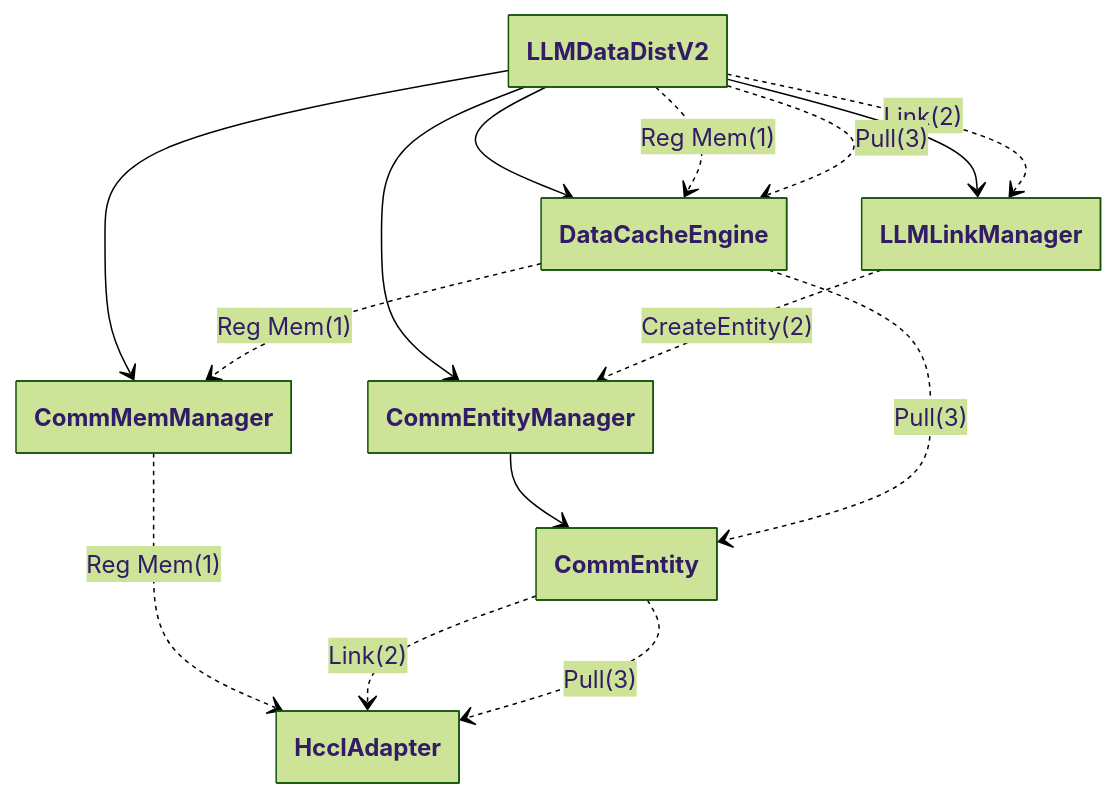
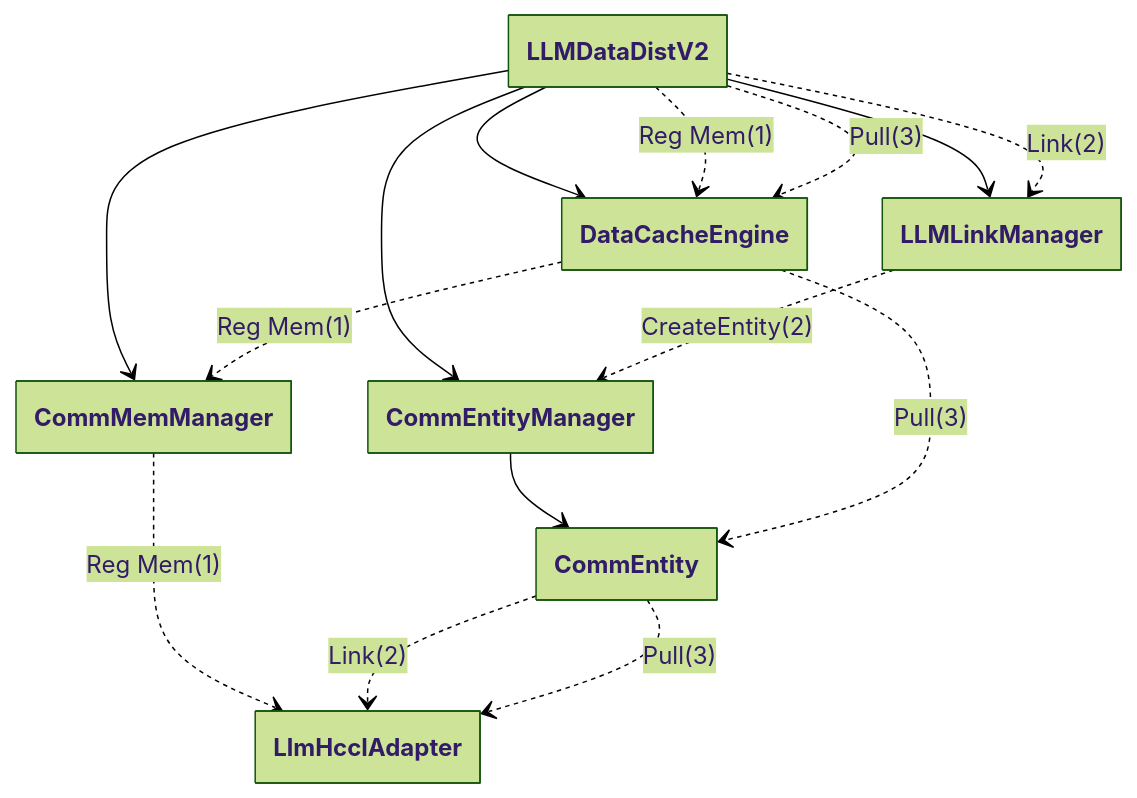
The first of 6 diagrams in docs/zh/design/LLM-DataDist支持hixl传输后端.md (hicann/hixl), drawn with Mermaid (forest theme) before and after one commit. The commit also changed other lines of this file and 53 other files, not shown here.

````diff
--- a/docs/zh/design/LLM-DataDist支持hixl传输后端.md
+++ b/docs/zh/design/LLM-DataDist支持hixl传输后端.md
@@ -135,25 +135,25 @@
 ```mermaid
 ---
 config:
   class:
     hideEmptyMembersBox: true
 ---
 classDiagram
 direction TB
 
     LLMDataDistV2 --> LLMLinkManager
     LLMDataDistV2 --> DataCacheEngine
     LLMDataDistV2 --> CommMemManager
     LLMDataDistV2 --> CommEntityManager
     CommEntityManager --> CommEntity
-    
+
     LLMDataDistV2 ..> DataCacheEngine : Reg Mem(1)
     DataCacheEngine ..> CommMemManager : Reg Mem(1)
     LLMDataDistV2 ..> LLMLinkManager : Link(2)
     LLMLinkManager ..> CommEntityManager : CreateEntity(2)
     LLMDataDistV2 ..> DataCacheEngine : Pull(3)
     DataCacheEngine ..> CommEntity : Pull(3)
-    CommMemManager ..> HcclAdapter : Reg Mem(1)
-    CommEntity ..> HcclAdapter : Link(2)
-    CommEntity ..> HcclAdapter : Pull(3)
+    CommMemManager ..> LlmHcclAdapter : Reg Mem(1)
+    CommEntity ..> LlmHcclAdapter : Link(2)
+    CommEntity ..> LlmHcclAdapter : Pull(3)
 ```
````
